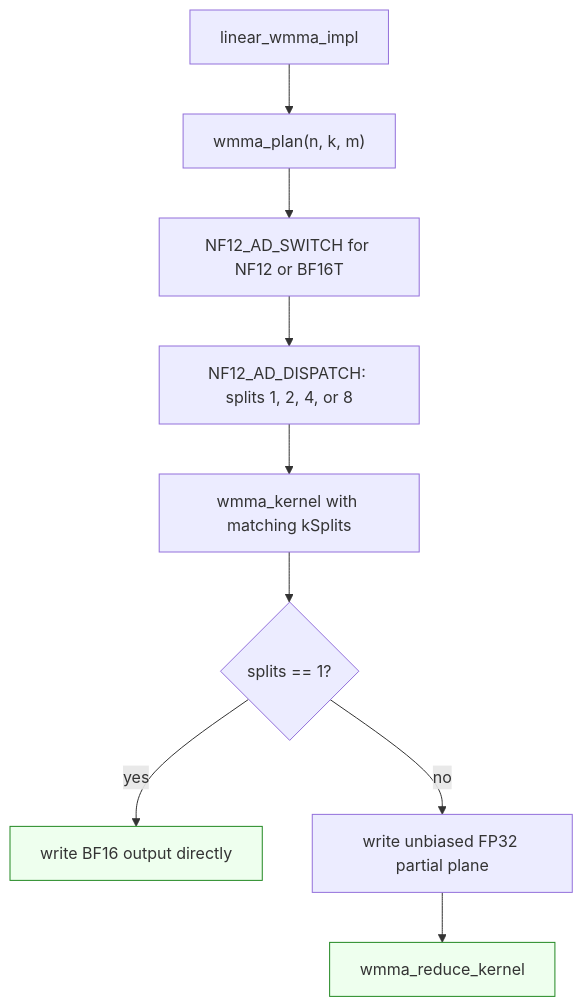
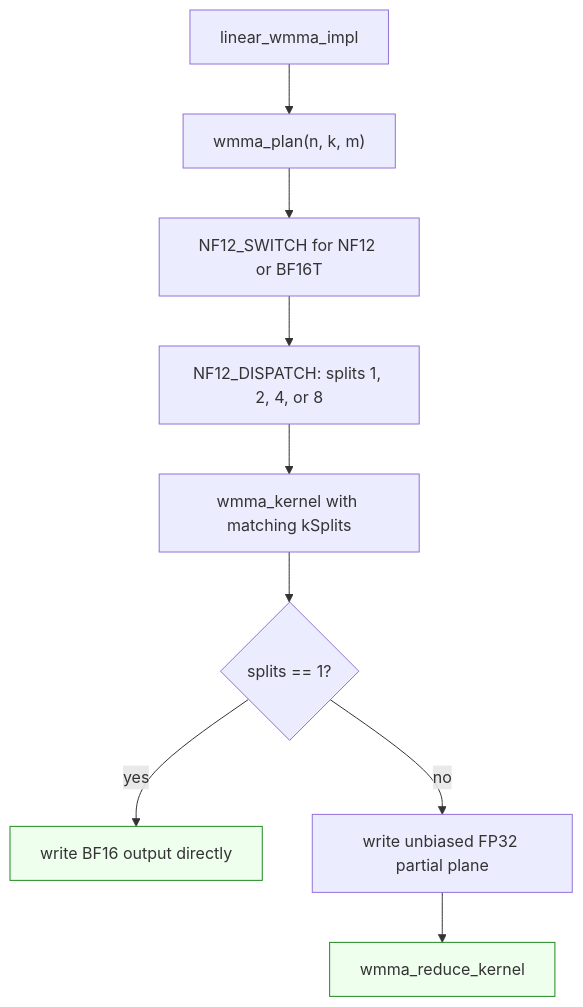
Before and after one commit to ModelCloud/GPTQModel: the ninth of 9 diagrams in docs/nf12-hip-device-workspace.md, drawn with Mermaid. The commit also changed other lines of this file and 115 other files, not shown here.

````diff
--- a/docs/nf12-hip-device-workspace.md
+++ b/docs/nf12-hip-device-workspace.md
@@ -366,13 +366,13 @@
 ```mermaid
 flowchart TD
     A["linear_wmma_impl<WeightSource>"] --> B["wmma_plan(n, k, m)"]
-    B --> C["NF12_AD_SWITCH for NF12 or BF16T"]
-    C --> D["NF12_AD_DISPATCH: splits 1, 2, 4, or 8"]
+    B --> C["NF12_SWITCH for NF12 or BF16T"]
+    C --> D["NF12_DISPATCH: splits 1, 2, 4, or 8"]
     D --> E["wmma_kernel with matching kSplits"]
     E --> F{"splits == 1?"}
     F -->|"yes"| G["write BF16 output directly"]
     F -->|"no"| H["write unbiased FP32 partial plane"]
     H --> I["wmma_reduce_kernel"]
     style G fill:#efe,stroke:#282
     style I fill:#efe,stroke:#282
 ```
````
